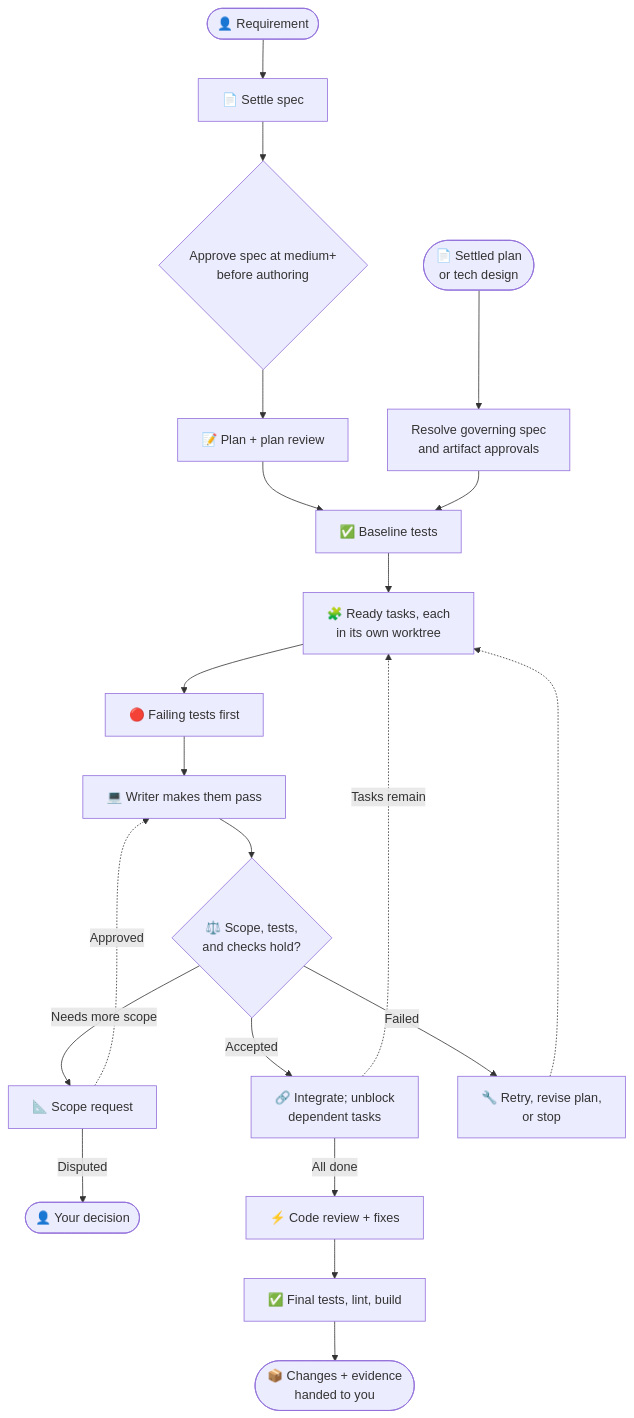
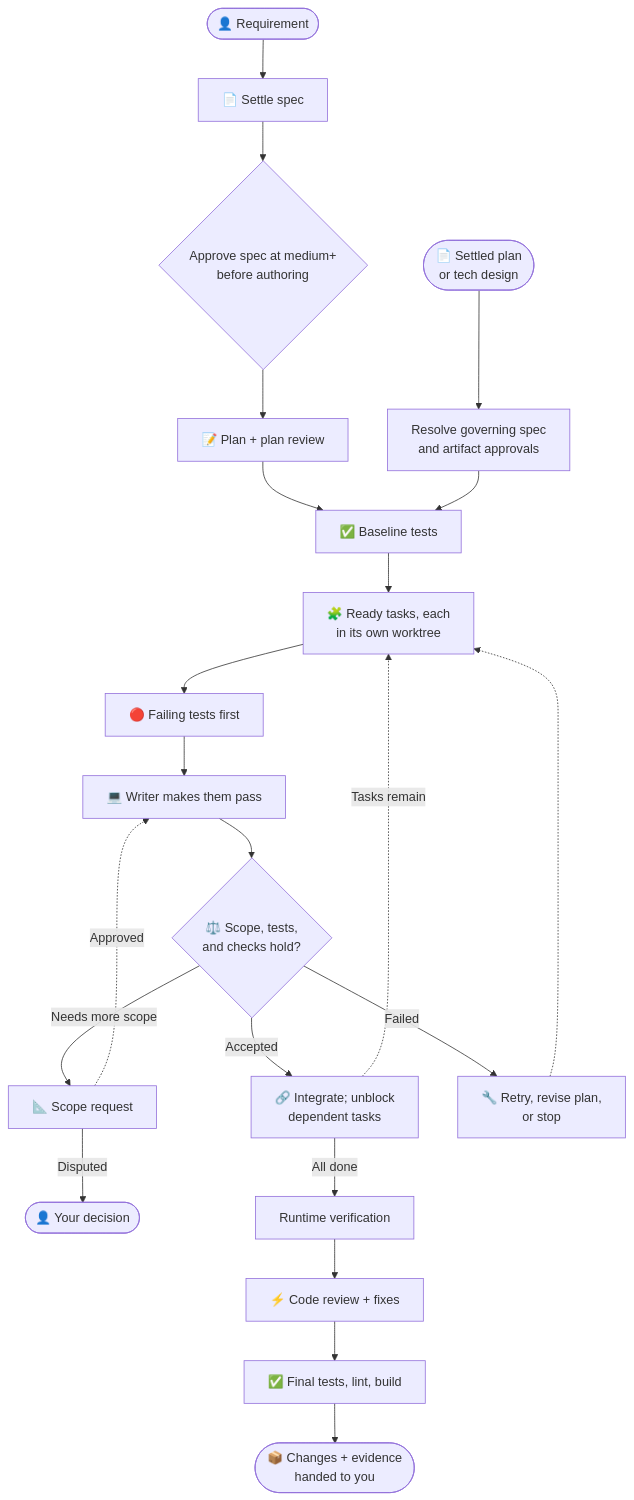
One commit to Gyunikuchan/dispatch-skills changed the diagram in skills/dispatch/references/readme/implement.md. Above: the diagram before and after it, drawn with Mermaid. The commit also changed other lines of this file and 35 other files, not shown here.

Commit message:
feat(dispatch): add runtime verification stage

````diff
--- a/skills/dispatch/references/readme/implement.md
+++ b/skills/dispatch/references/readme/implement.md
@@ -17,23 +17,24 @@
 ```mermaid
 flowchart TD
     User(["👤 Requirement"]) --> Spec["📄 Settle spec"]
     Spec --> SpecGate{"Approve spec at medium+<br/>before authoring"}
     SpecGate --> Plan["📝 Plan + plan review"]
     Plan --> Baseline
     Artifact(["📄 Settled plan<br/>or tech design"]) --> Resolve["Resolve governing spec<br/>and artifact approvals"]
     Resolve --> Baseline["✅ Baseline tests"]
     Baseline --> Tasks["🧩 Ready tasks, each<br/>in its own worktree"]
     Tasks --> Red["🔴 Failing tests first"]
     Red --> Green["💻 Writer makes them pass"]
     Green --> Accept{"⚖️ Scope, tests,<br/>and checks hold?"}
     Accept -->|Accepted| Integrate["🔗 Integrate; unblock<br/>dependent tasks"]
     Accept -->|Needs more scope| Scope["📐 Scope request"]
     Accept -->|Failed| Recover["🔧 Retry, revise plan,<br/>or stop"]
     Scope -.->|Approved| Green
     Scope -->|Disputed| Ask(["👤 Your decision"])
     Recover -.-> Tasks
     Integrate -.->|Tasks remain| Tasks
-    Integrate -->|All done| CodeReview["⚡ Code review + fixes"]
+    Integrate -->|All done| Runtime["Runtime verification"]
+    Runtime --> CodeReview["⚡ Code review + fixes"]
     CodeReview --> Final["✅ Final tests, lint, build"]
     Final --> Handoff(["📦 Changes + evidence<br/>handed to you"])
 ```
````
